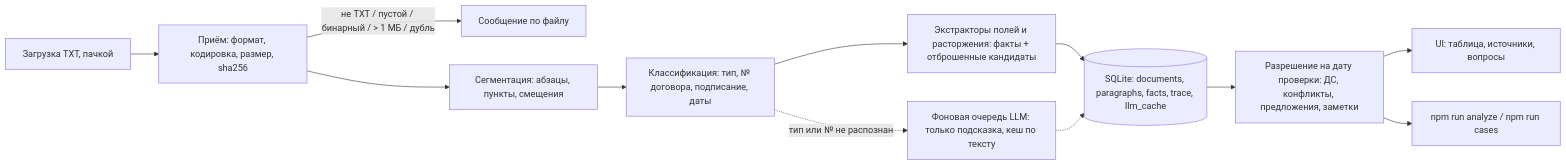
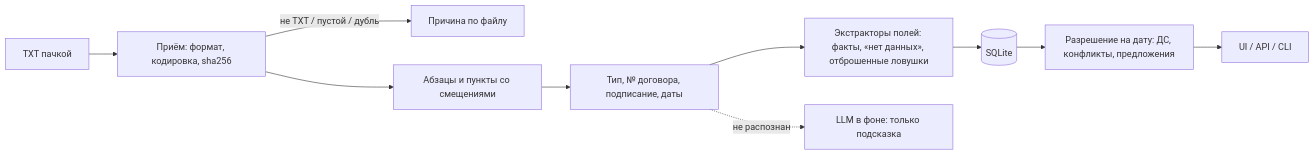
Before and after one commit to Abrosmaan/Test_Case_PO: the diagram in README.md, drawn with Mermaid. The commit also changed other lines of this file and 7 other files, not shown here.

````diff
--- a/README.md
+++ b/README.md
@@ -175,14 +183,12 @@
 ```mermaid
 flowchart LR
-  A[Загрузка TXT, пачкой] --> B[Приём: формат, кодировка, размер, sha256]
-  B -->|не TXT / пустой / бинарный / > 1 МБ / дубль| X[Сообщение по файлу]
-  B --> C[Сегментация: абзацы, пункты, смещения]
-  C --> D[Классификация: тип, № договора, подписание, даты]
-  D --> E[Экстракторы полей и расторжения: факты + отброшенные кандидаты]
-  E --> G[(SQLite: documents, paragraphs, facts, trace, llm_cache)]
-  D -.->|тип или № не распознан| Q[Фоновая очередь LLM: только подсказка, кеш по тексту]
-  Q -.-> G
-  G --> F[Разрешение на дату проверки: ДС, конфликты, предложения, заметки]
-  F --> H[UI: таблица, источники, вопросы]
-  F --> CLI[npm run analyze / npm run cases]
+  A[TXT пачкой] --> B[Приём: формат, кодировка, sha256]
+  B -->|не TXT / пустой / дубль| X[Причина по файлу]
+  B --> C[Абзацы и пункты со смещениями]
+  C --> D[Тип, № договора, подписание, даты]
+  D --> E[Экстракторы полей: факты, «нет данных», отброшенные ловушки]
+  E --> G[(SQLite)]
+  D -.->|не распознан| L[LLM в фоне: только подсказка]
+  G --> F[Разрешение на дату: ДС, конфликты, предложения]
+  F --> H[UI / API / CLI]
 ```
````
